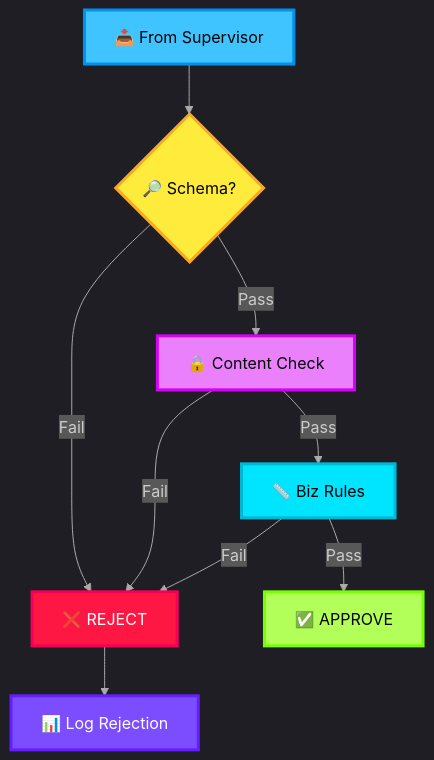
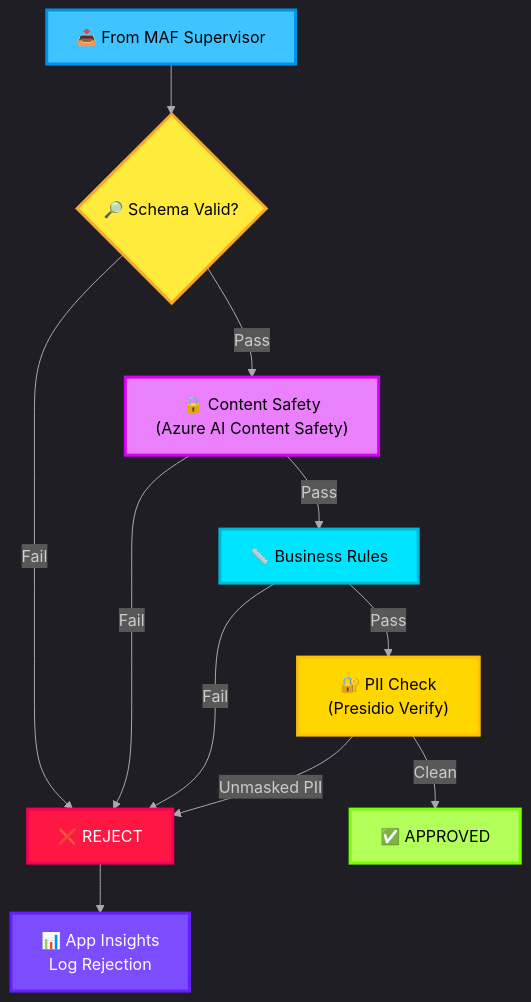
The diagram in docs/09-guardrails.md (thanhauco/agentic-ai-icm-system), drawn with Mermaid before and after one commit. The commit also changed other lines of this file and 1 other file, not shown here.

````diff
--- a/docs/09-guardrails.md
+++ b/docs/09-guardrails.md
@@ -21,20 +9,23 @@
 ```mermaid
 %%{init: {'theme': 'dark', 'themeVariables': {'lineColor': '#AAAAAA'}}}%%
 graph TD
-    A["📥 From Supervisor"] --> B{"🔎 Schema?"}
+    A["📥 From MAF Supervisor"] --> B{"🔎 Schema Valid?"}
     B -->|Fail| C["❌ REJECT"]
-    B -->|Pass| D["🔒 Content Check"]
+    B -->|Pass| D["🔒 Content Safety<br>(Azure AI Content Safety)"]
     D -->|Fail| C
-    D -->|Pass| E["📏 Biz Rules"]
+    D -->|Pass| E["📏 Business Rules"]
     E -->|Fail| C
-    E -->|Pass| F["✅ APPROVE"]
-    C --> G["📊 Log Rejection"]
+    E -->|Pass| F["🔐 PII Check<br>(Presidio Verify)"]
+    F -->|Unmasked PII| C
+    F -->|Clean| G["✅ APPROVED"]
+    C --> H["📊 App Insights<br>Log Rejection"]
 
     style A fill:#40C4FF,stroke:#0091EA,stroke-width:3px,color:#000
     style B fill:#FFEB3B,stroke:#F9A825,stroke-width:3px,color:#000
     style C fill:#FF1744,stroke:#F50057,stroke-width:3px,color:#fff
     style D fill:#EA80FC,stroke:#D500F9,stroke-width:3px,color:#000
     style E fill:#00E5FF,stroke:#00B8D4,stroke-width:3px,color:#000
-    style F fill:#B2FF59,stroke:#76FF03,stroke-width:3px,color:#000
-    style G fill:#7C4DFF,stroke:#651FFF,stroke-width:3px,color:#fff
+    style F fill:#FFD600,stroke:#FFC107,stroke-width:3px,color:#000
+    style G fill:#B2FF59,stroke:#76FF03,stroke-width:3px,color:#000
+    style H fill:#7C4DFF,stroke:#651FFF,stroke-width:3px,color:#fff
 ```
````
